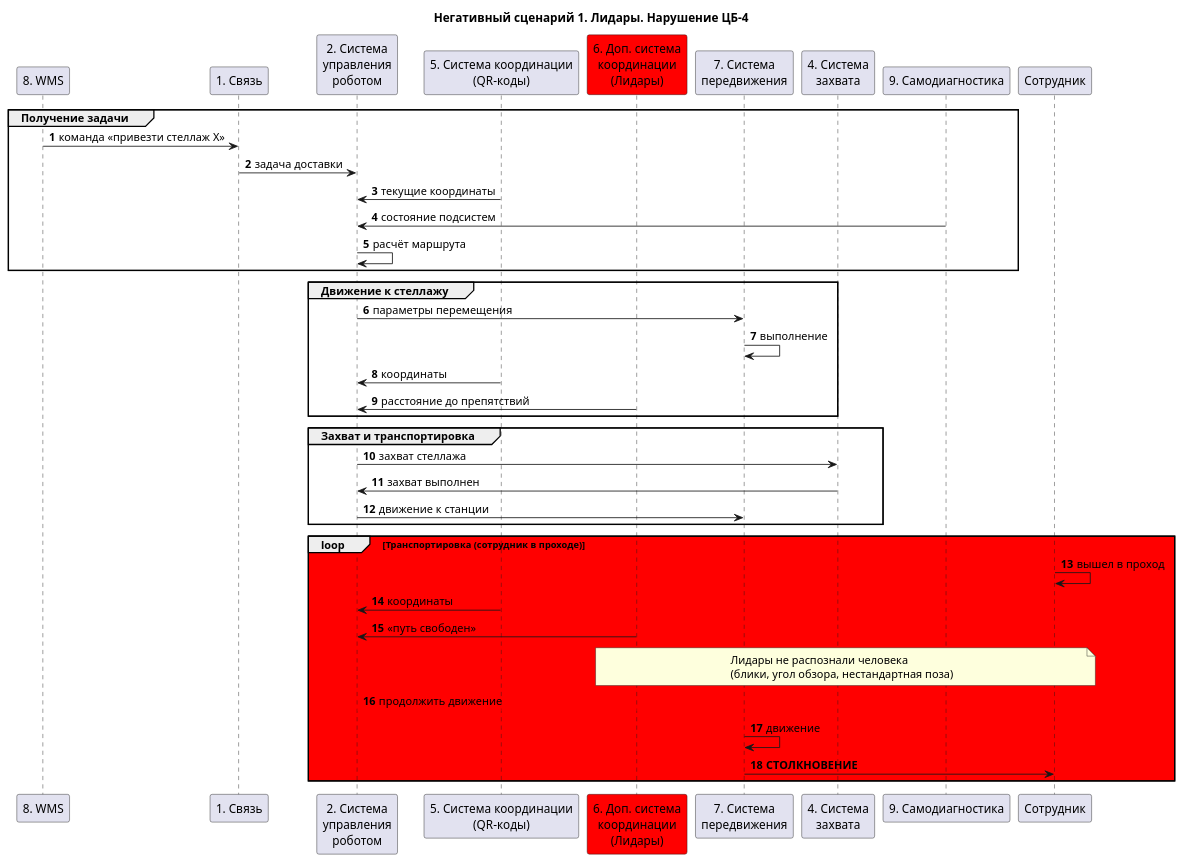
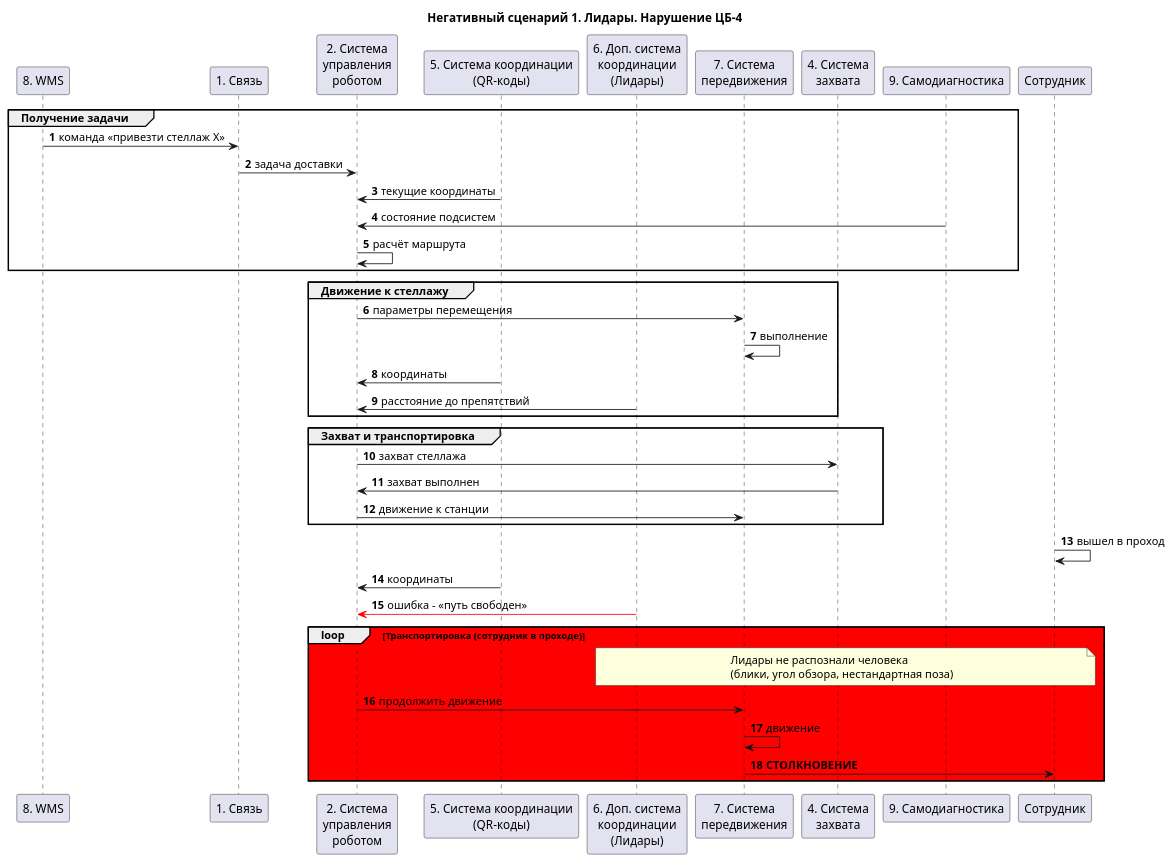
Before and after one commit to BoykovArtur/ProgrammingMethods: the diagram in CourseWork/Description/ns/ns-01.puml, drawn with PlantUML.

```diff
--- a/CourseWork/Description/ns/ns-01.puml
+++ b/CourseWork/Description/ns/ns-01.puml
@@ -1,49 +1,49 @@
 @startuml
 title "Негативный сценарий 1. Лидары. Нарушение ЦБ-4"
 
 autonumber
 participant "8. WMS" as wms
 participant "1. Связь" as conn
 participant "2. Система\nуправления\nроботом" as ctrl
 participant "5. Система координации\n(QR-коды)" as qr
-participant "6. Доп. система\nкоординации\n(Лидары)" as lidar #red
+participant "6. Доп. система\nкоординации\n(Лидары)" as lidar
 participant "7. Система\nпередвижения" as move
 participant "4. Система\nзахвата" as grip
 participant "9. Самодиагностика" as diag
 participant "Сотрудник" as human
 
 group Получение задачи
 wms -> conn: команда «привезти стеллаж X»
 conn -> ctrl: задача доставки
 ctrl <- qr: текущие координаты
 ctrl <- diag: состояние подсистем
 ctrl -> ctrl: расчёт маршрута
 end
 
 group Движение к стеллажу
 ctrl -> move: параметры перемещения
 move -> move: выполнение
 ctrl <- qr: координаты
 ctrl <- lidar: расстояние до препятствий
 end
 
 group Захват и транспортировка
 ctrl -> grip: захват стеллажа
 grip -> ctrl: захват выполнен
 ctrl -> move: движение к станции
 end
 
-loop #red Транспортировка (сотрудник в проходе)
 human -> human: вышел в проход
 ctrl <- qr: координаты
-ctrl <- lidar: «путь свободен»
+ctrl <[#red]- lidar: ошибка - «путь свободен» 
+
+loop #red Транспортировка (сотрудник в проходе)
 note over lidar, human
   Лидары не распознали человека
   (блики, угол обзора, нестандартная поза)
 end note
-ctrl -[#red]> move: продолжить движение
+ctrl -> move: продолжить движение
 move -> move: движение
 move -> human: **СТОЛКНОВЕНИЕ**
 end
-
 @enduml
```
